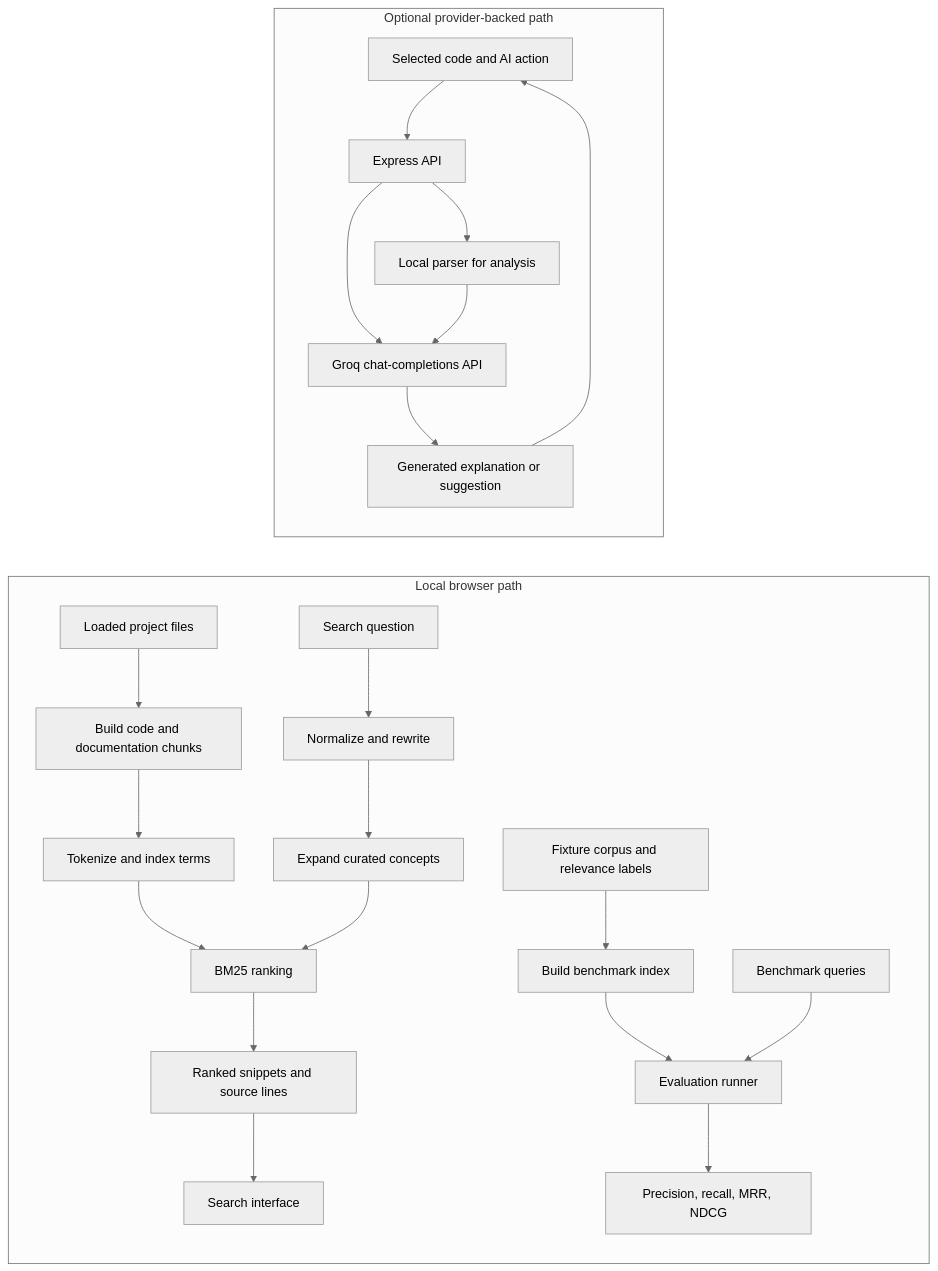
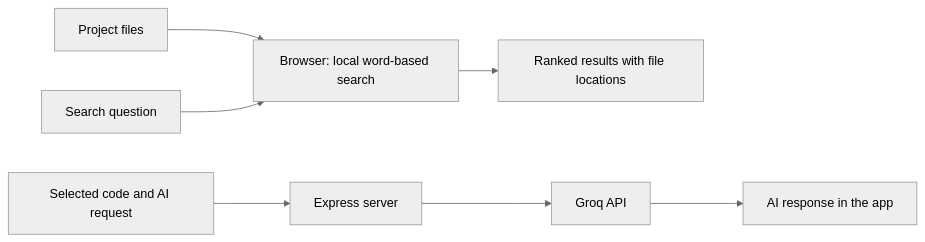
Before and after one commit to srishtipandey1/codeexplain: the diagram in README.md, drawn with Mermaid (neutral theme). The commit also changed other lines of this file, not shown here.

````diff
--- a/README.md
+++ b/README.md
@@ -32,25 +20,9 @@
 ```mermaid
 flowchart LR
-  subgraph Local["Local browser path"]
-    F["Loaded project files"] --> I["Build code and documentation chunks"]
-    I --> X["Tokenize and index terms"]
-    Q["Search question"] --> N["Normalize and rewrite"]
-    N --> E["Expand curated concepts"]
-    X --> B["BM25 ranking"]
-    E --> B
-    B --> R["Ranked snippets and source lines"]
-    R --> U["Search interface"]
-    T["Fixture corpus and relevance labels"] --> TI["Build benchmark index"]
-    TI --> V["Evaluation runner"]
-    TL["Benchmark queries"] --> V
-    V --> M["Precision, recall, MRR, NDCG"]
-  end
-  subgraph Optional["Optional provider-backed path"]
-    W["Selected code and AI action"] --> A["Express API"]
-    A --> P["Local parser for analysis"]
-    A --> G["Groq chat-completions API"]
-    P --> G
-    G --> O["Generated explanation or suggestion"]
-    O --> W
-  end
+  F["Project files"] --> S["Browser: local word-based search"]
+  Q["Search question"] --> S
+  S --> R["Ranked results with file locations"]
+  C["Selected code and AI request"] --> E["Express server"]
+  E --> G["Groq API"]
+  G --> A["AI response in the app"]
 ```
````
